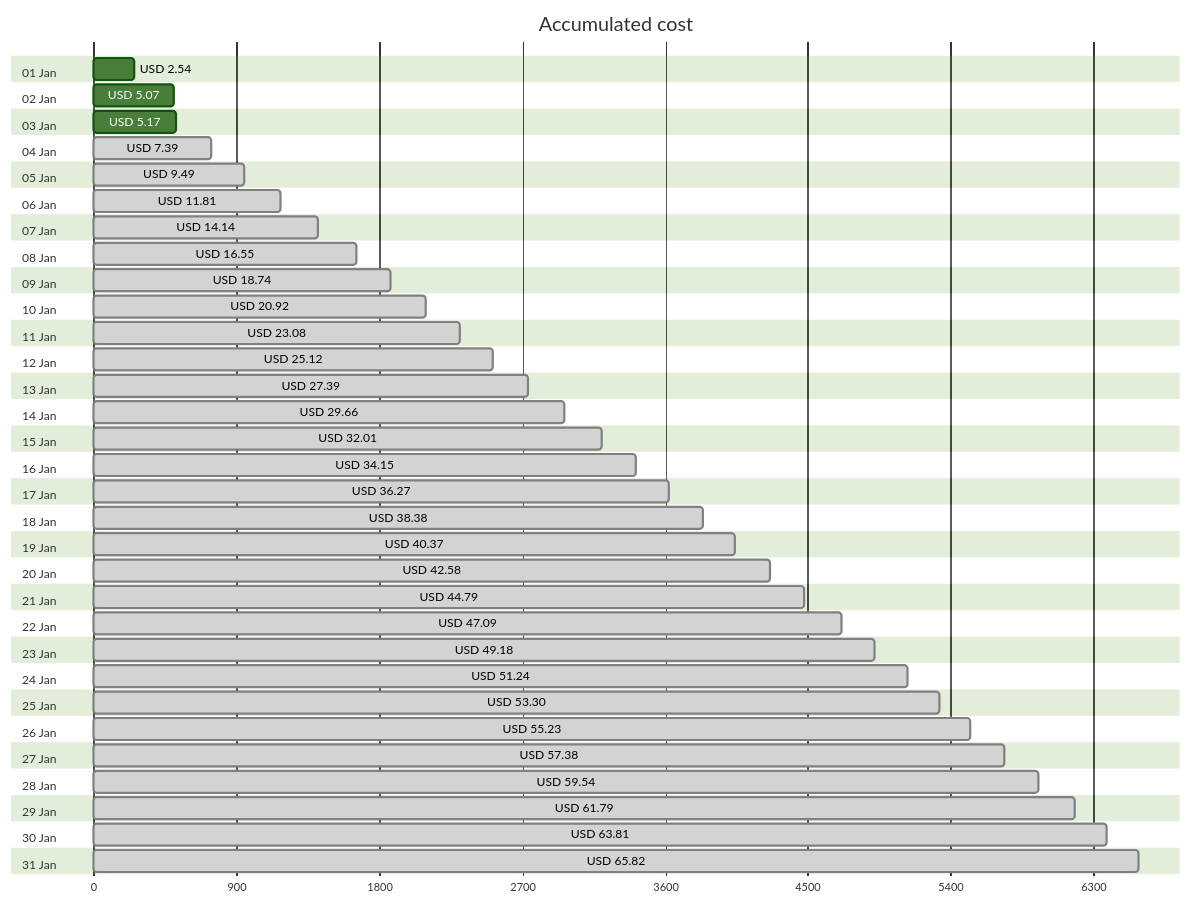
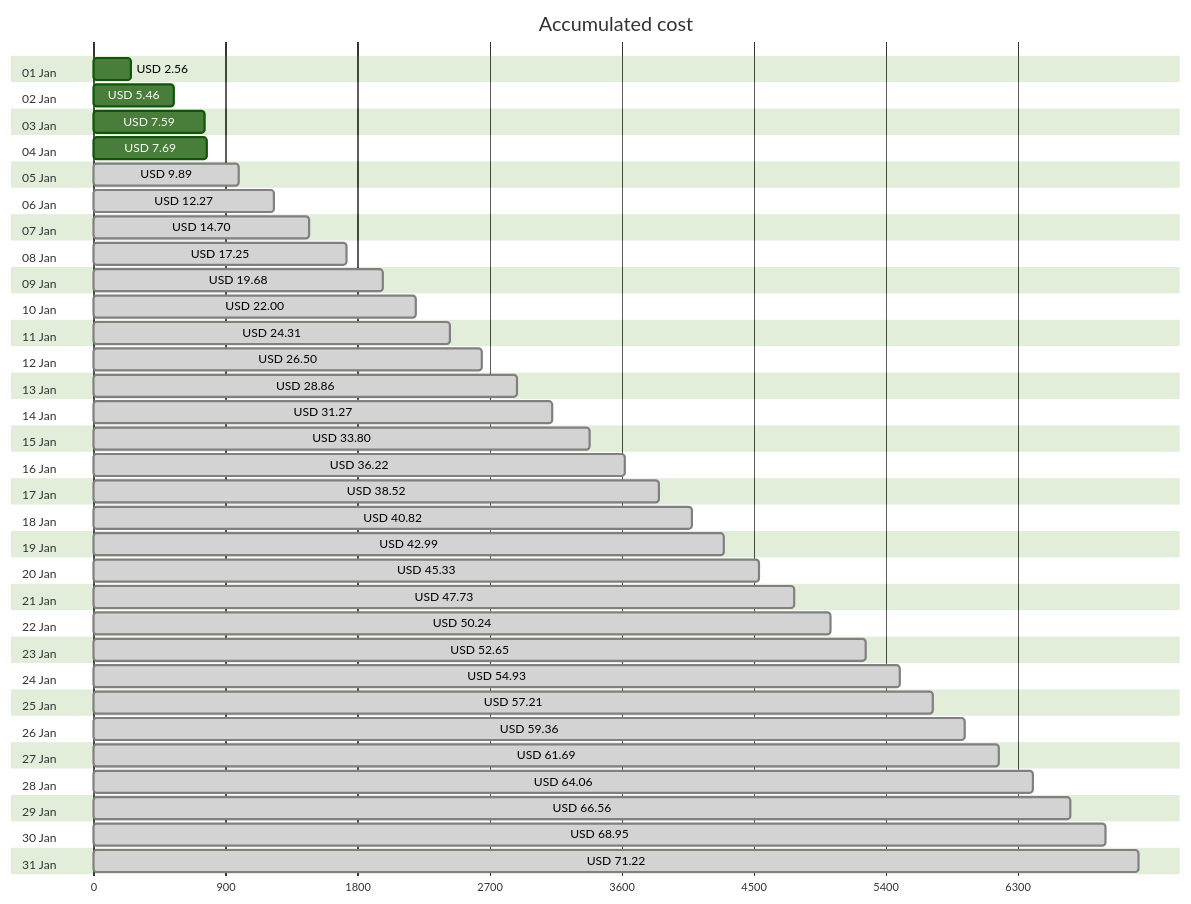
The first of 4 diagrams in cost-reports/accumulated-cost.md (jpfulton/azure-personal-reports), drawn with Mermaid (forest theme) before and after one commit. The commit also changed other lines of this file and 4 other files, not shown here.

````diff
--- a/cost-reports/accumulated-cost.md
+++ b/cost-reports/accumulated-cost.md
@@ -20,68 +20,68 @@
 ```mermaid
 gantt
    title Accumulated cost
    dateFormat  X
    axisFormat %s
    section 01 Jan
-   USD 2.54 :0, 254
+   USD 2.56 :0, 256
    section 02 Jan
-   USD 5.07 :0, 507
+   USD 5.46 :0, 546
    section 03 Jan
-   USD 5.17 :0, 517
+   USD 7.59 :0, 759
    section 04 Jan
-   USD 7.39 : done, 0, 739
+   USD 7.69 :0, 769
    section 05 Jan
-   USD 9.49 : done, 0, 949
+   USD 9.89 : done, 0, 989
    section 06 Jan
-   USD 11.81 : done, 0, 1181
+   USD 12.27 : done, 0, 1227
    section 07 Jan
-   USD 14.14 : done, 0, 1414
+   USD 14.70 : done, 0, 1470
    section 08 Jan
-   USD 16.55 : done, 0, 1655
+   USD 17.25 : done, 0, 1725
    section 09 Jan
-   USD 18.74 : done, 0, 1874
+   USD 19.68 : done, 0, 1968
    section 10 Jan
-   USD 20.92 : done, 0, 2092
+   USD 22.00 : done, 0, 2200
    section 11 Jan
-   USD 23.08 : done, 0, 2308
+   USD 24.31 : done, 0, 2431
    section 12 Jan
-   USD 25.12 : done, 0, 2512
+   USD 26.50 : done, 0, 2650
    section 13 Jan
-   USD 27.39 : done, 0, 2739
+   USD 28.86 : done, 0, 2886
    section 14 Jan
-   USD 29.66 : done, 0, 2966
+   USD 31.27 : done, 0, 3127
    section 15 Jan
-   USD 32.01 : done, 0, 3201
+   USD 33.80 : done, 0, 3380
    section 16 Jan
-   USD 34.15 : done, 0, 3415
+   USD 36.22 : done, 0, 3622
    section 17 Jan
-   USD 36.27 : done, 0, 3627
+   USD 38.52 : done, 0, 3852
    section 18 Jan
-   USD 38.38 : done, 0, 3838
+   USD 40.82 : done, 0, 4082
    section 19 Jan
-   USD 40.37 : done, 0, 4037
+   USD 42.99 : done, 0, 4299
    section 20 Jan
-   USD 42.58 : done, 0, 4258
+   USD 45.33 : done, 0, 4533
    section 21 Jan
-   USD 44.79 : done, 0, 4479
+   USD 47.73 : done, 0, 4773
    section 22 Jan
-   USD 47.09 : done, 0, 4709
+   USD 50.24 : done, 0, 5024
    section 23 Jan
-   USD 49.18 : done, 0, 4918
+   USD 52.65 : done, 0, 5265
    section 24 Jan
-   USD 51.24 : done, 0, 5124
+   USD 54.93 : done, 0, 5493
    section 25 Jan
-   USD 53.30 : done, 0, 5330
+   USD 57.21 : done, 0, 5721
    section 26 Jan
-   USD 55.23 : done, 0, 5523
+   USD 59.36 : done, 0, 5936
    section 27 Jan
-   USD 57.38 : done, 0, 5738
+   USD 61.69 : done, 0, 6169
    section 28 Jan
-   USD 59.54 : done, 0, 5954
+   USD 64.06 : done, 0, 6406
    section 29 Jan
-   USD 61.79 : done, 0, 6179
+   USD 66.56 : done, 0, 6656
    section 30 Jan
-   USD 63.81 : done, 0, 6381
+   USD 68.95 : done, 0, 6895
    section 31 Jan
-   USD 65.82 : done, 0, 6582
+   USD 71.22 : done, 0, 7122
 ```
````
